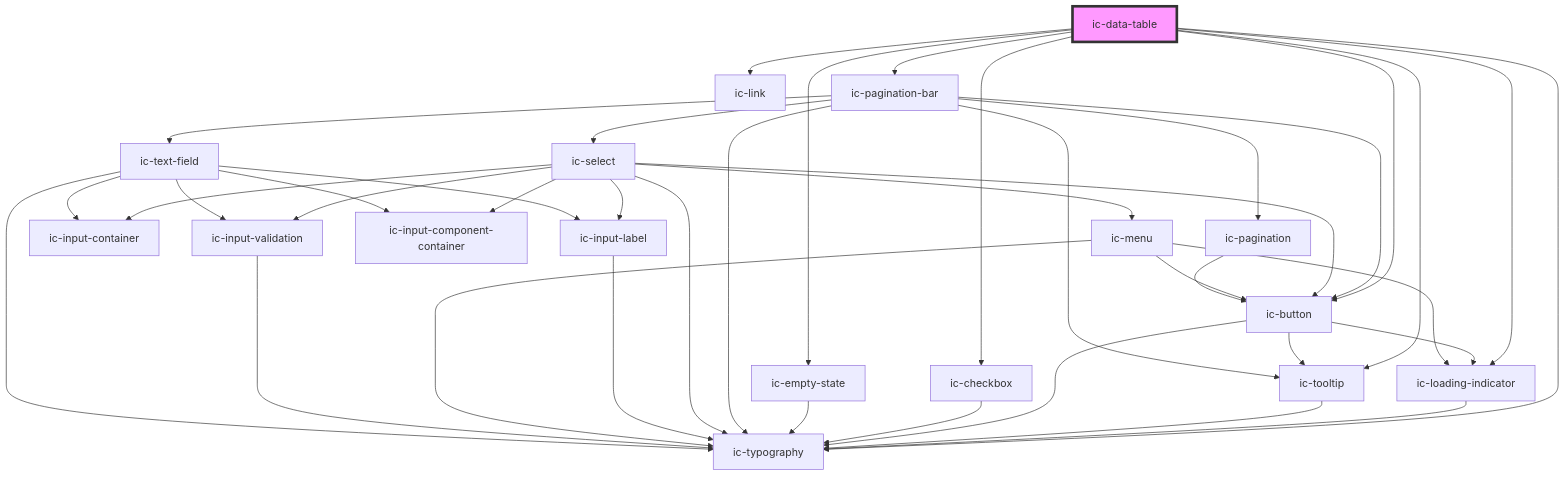
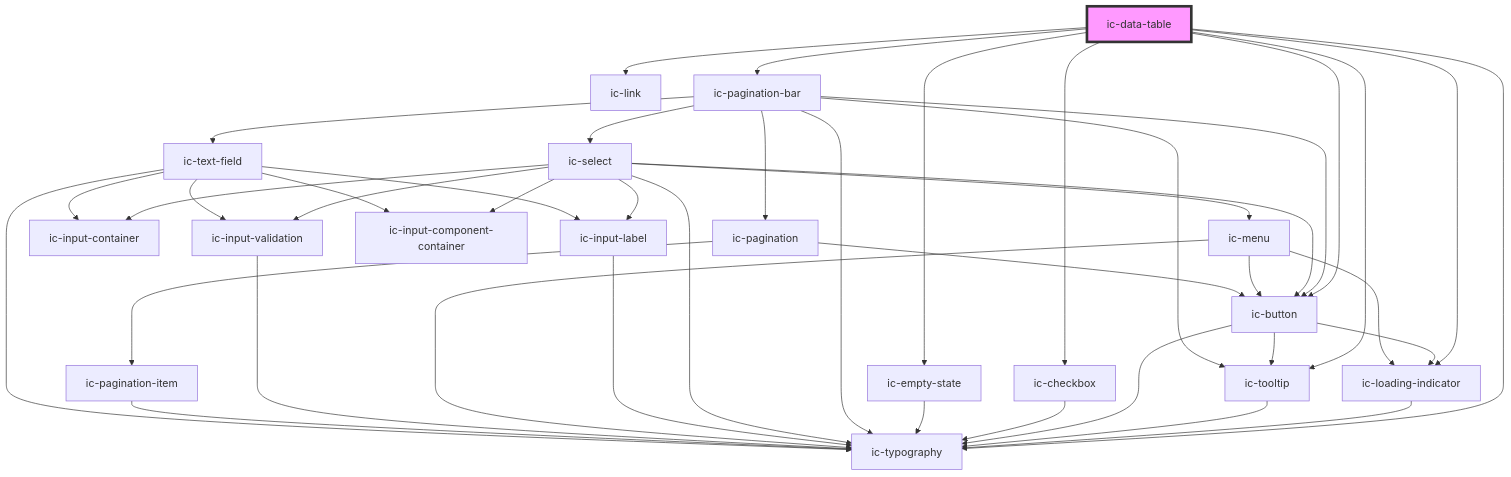
Before and after one commit to mi6/ic-ui-kit: the diagram in packages/canary-web-components/src/components/ic-data-table/readme.md, drawn with Mermaid. The commit also changed other lines of this file and 12 other files, not shown here.

````diff
--- a/packages/canary-web-components/src/components/ic-data-table/readme.md
+++ b/packages/canary-web-components/src/components/ic-data-table/readme.md
@@ -99,43 +99,45 @@
 ```mermaid
 graph TD;
   ic-data-table --> ic-loading-indicator
   ic-data-table --> ic-typography
   ic-data-table --> ic-link
   ic-data-table --> ic-tooltip
   ic-data-table --> ic-button
   ic-data-table --> ic-checkbox
   ic-data-table --> ic-empty-state
   ic-data-table --> ic-pagination-bar
   ic-loading-indicator --> ic-typography
   ic-tooltip --> ic-typography
   ic-button --> ic-typography
   ic-button --> ic-loading-indicator
   ic-button --> ic-tooltip
   ic-checkbox --> ic-typography
   ic-empty-state --> ic-typography
   ic-pagination-bar --> ic-typography
   ic-pagination-bar --> ic-select
   ic-pagination-bar --> ic-pagination
   ic-pagination-bar --> ic-tooltip
   ic-pagination-bar --> ic-text-field
   ic-pagination-bar --> ic-button
   ic-select --> ic-input-container
   ic-select --> ic-input-label
   ic-select --> ic-input-component-container
   ic-select --> ic-typography
   ic-select --> ic-button
   ic-select --> ic-menu
   ic-select --> ic-input-validation
   ic-input-label --> ic-typography
   ic-menu --> ic-loading-indicator
   ic-menu --> ic-typography
   ic-menu --> ic-button
   ic-input-validation --> ic-typography
   ic-pagination --> ic-button
+  ic-pagination --> ic-pagination-item
+  ic-pagination-item --> ic-typography
   ic-text-field --> ic-input-container
   ic-text-field --> ic-input-label
   ic-text-field --> ic-input-component-container
   ic-text-field --> ic-input-validation
   ic-text-field --> ic-typography
   style ic-data-table fill:#f9f,stroke:#333,stroke-width:4px
 ```
````
